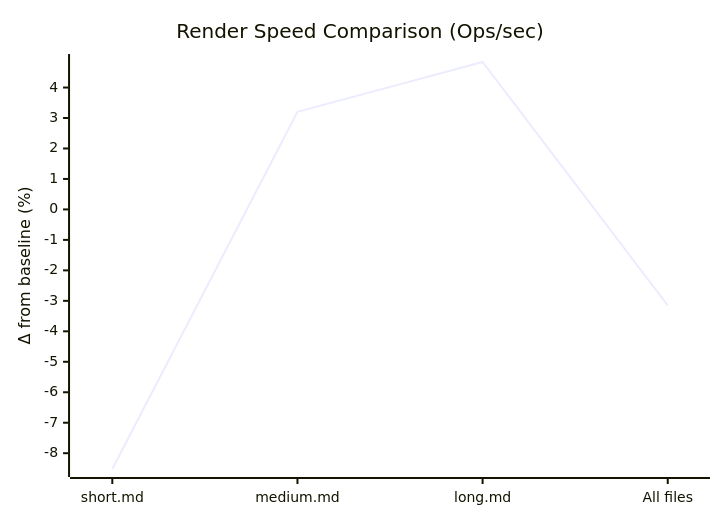
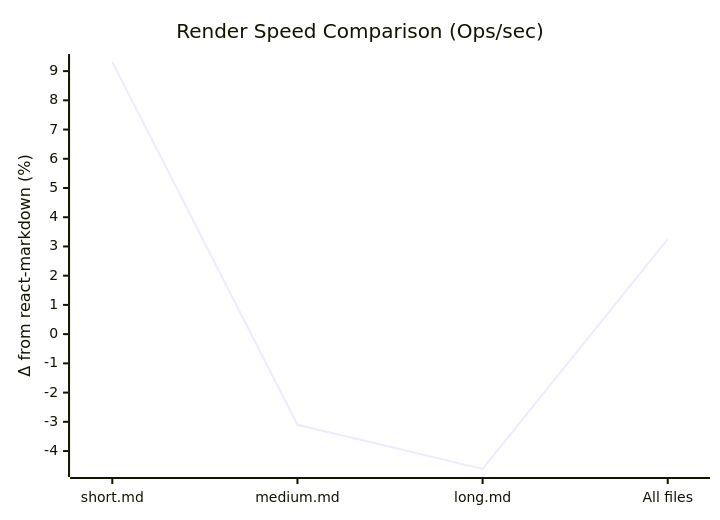
The fourth of 6 diagrams in benchmark.md (md2docx/react-markdown), drawn with Mermaid before and after one commit. The commit also changed other lines of this file and 1 other file, not shown here.

Commit message:
fix: update benchmark writer to correct order of libraries and enhance markdown output

````diff
--- a/benchmark.md
+++ b/benchmark.md
@@ -115,7 +115,7 @@
 ```mermaid
 xychart-beta
     title "Render Speed Comparison (Ops/sec)"
     x-axis ["short.md", "medium.md", "long.md", "All files"]
-    y-axis "Δ from baseline (%)"
-    line [-8.518403162708196, 3.2012504911176602, 4.83794401897699, -3.1498206273419966]  %% difference percent
+    y-axis "Δ from react-markdown (%)"
+    line [9.31160305155029, -3.101949323175291, -4.614687997030218, 3.2522610156685263]  %% difference percent
 ```
````
